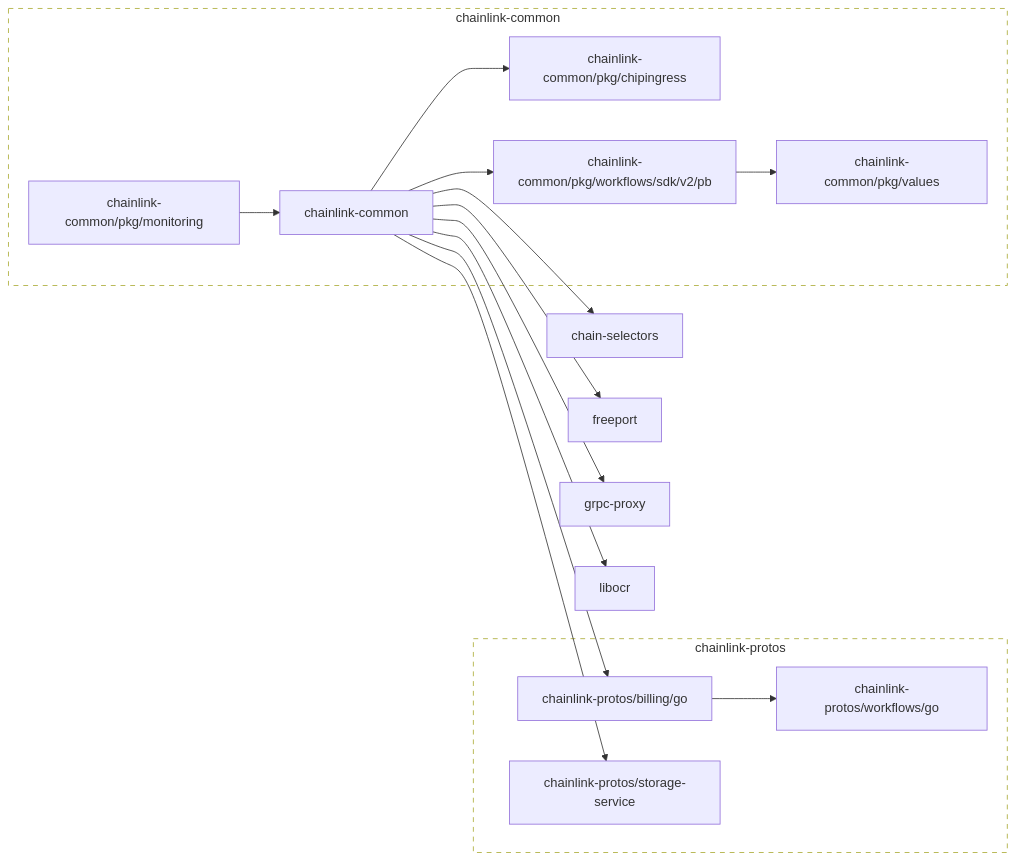
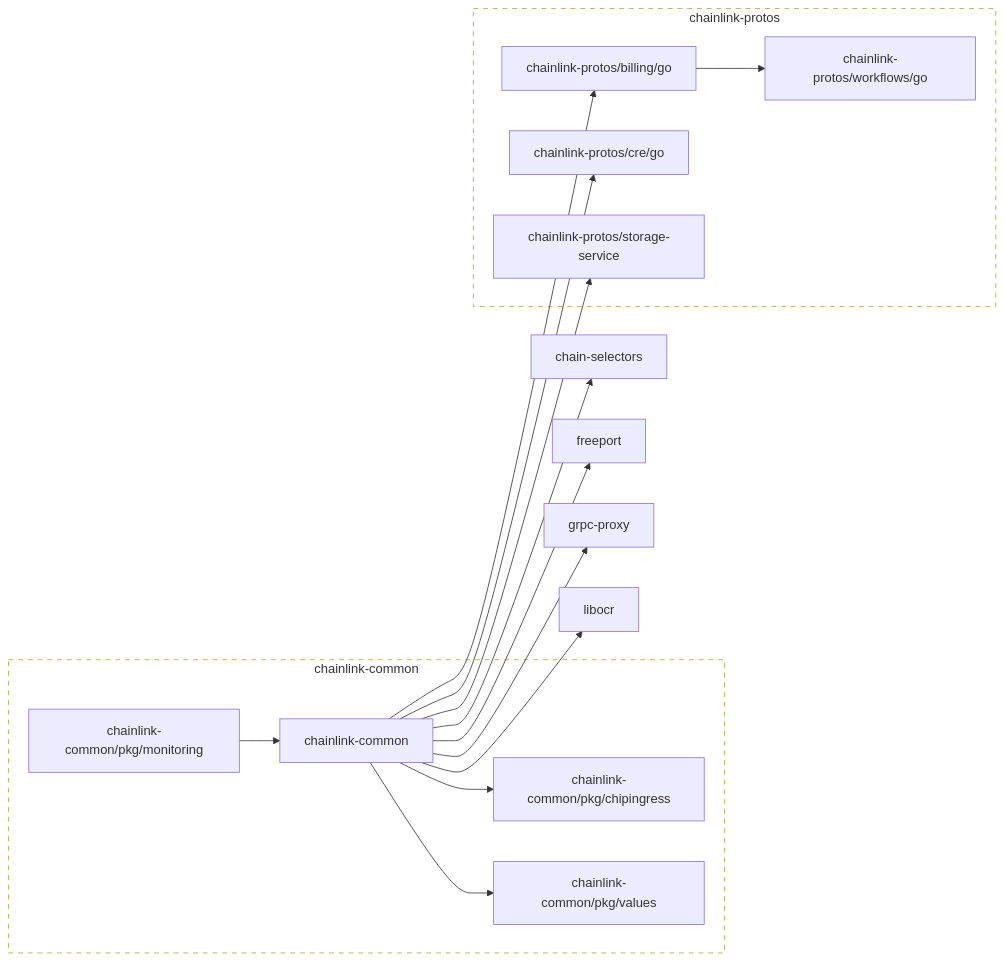
One commit to smartcontractkit/chainlink-common changed the diagram in go.md. Above: the diagram before and after it, drawn with Mermaid. The commit also changed 234 other files, not shown here.

Commit message:
Use values and cre sdk from protos repo

````diff
--- a/go.md
+++ b/go.md
@@ -2,54 +2,55 @@
 ```mermaid
 flowchart LR
 
 	chain-selectors
 	click chain-selectors href "https://github.com/smartcontractkit/chain-selectors"
 	chainlink-common --> chain-selectors
 	chainlink-common --> chainlink-common/pkg/chipingress
-	chainlink-common --> chainlink-common/pkg/workflows/sdk/v2/pb
+	chainlink-common --> chainlink-common/pkg/values
 	chainlink-common --> chainlink-protos/billing/go
+	chainlink-common --> chainlink-protos/cre/go
 	chainlink-common --> chainlink-protos/storage-service
 	chainlink-common --> freeport
 	chainlink-common --> grpc-proxy
 	chainlink-common --> libocr
 	click chainlink-common href "https://github.com/smartcontractkit/chainlink-common"
 	chainlink-common/pkg/chipingress
 	click chainlink-common/pkg/chipingress href "https://github.com/smartcontractkit/chainlink-common"
 	chainlink-common/pkg/monitoring --> chainlink-common
 	click chainlink-common/pkg/monitoring href "https://github.com/smartcontractkit/chainlink-common"
 	chainlink-common/pkg/values
 	click chainlink-common/pkg/values href "https://github.com/smartcontractkit/chainlink-common"
-	chainlink-common/pkg/workflows/sdk/v2/pb --> chainlink-common/pkg/values
-	click chainlink-common/pkg/workflows/sdk/v2/pb href "https://github.com/smartcontractkit/chainlink-common"
 	chainlink-protos/billing/go --> chainlink-protos/workflows/go
 	click chainlink-protos/billing/go href "https://github.com/smartcontractkit/chainlink-protos"
+	chainlink-protos/cre/go
+	click chainlink-protos/cre/go href "https://github.com/smartcontractkit/chainlink-protos"
 	chainlink-protos/storage-service
 	click chainlink-protos/storage-service href "https://github.com/smartcontractkit/chainlink-protos"
 	chainlink-protos/workflows/go
 	click chainlink-protos/workflows/go href "https://github.com/smartcontractkit/chainlink-protos"
 	freeport
 	click freeport href "https://github.com/smartcontractkit/freeport"
 	grpc-proxy
 	click grpc-proxy href "https://github.com/smartcontractkit/grpc-proxy"
 	libocr
 	click libocr href "https://github.com/smartcontractkit/libocr"
 
 	subgraph chainlink-common-repo[chainlink-common]
 		 chainlink-common
 		 chainlink-common/pkg/chipingress
 		 chainlink-common/pkg/monitoring
 		 chainlink-common/pkg/values
-		 chainlink-common/pkg/workflows/sdk/v2/pb
 	end
 	click chainlink-common-repo href "https://github.com/smartcontractkit/chainlink-common"
 
 	subgraph chainlink-protos-repo[chainlink-protos]
 		 chainlink-protos/billing/go
+		 chainlink-protos/cre/go
 		 chainlink-protos/storage-service
 		 chainlink-protos/workflows/go
 	end
 	click chainlink-protos-repo href "https://github.com/smartcontractkit/chainlink-protos"
 
 	classDef outline stroke-dasharray:6,fill:none;
 	class chainlink-common-repo,chainlink-protos-repo outline
 ```
````
